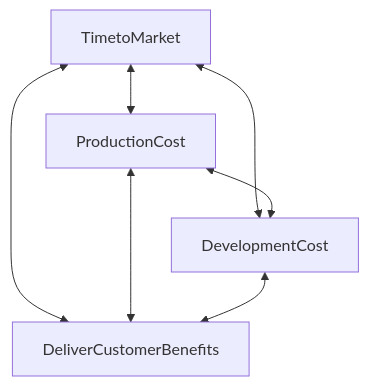
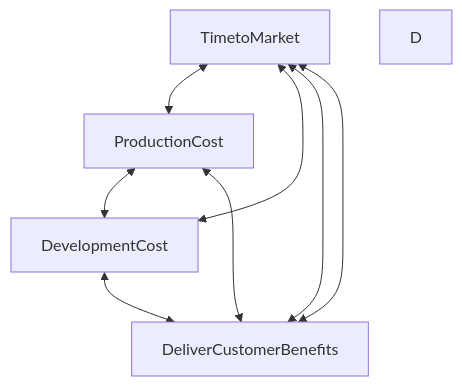
Before and after one commit to aanaberu/ProductManagement-Learn-Hardway: the diagram in README.md, drawn with Mermaid.

````diff
--- a/README.md
+++ b/README.md
@@ -42,9 +42,12 @@
 ```mermaid
 graph TD;
     TimetoMarket<-->ProductionCost;
+    ProductionCost<-->DevelopmentCost;
+    DevelopmentCost<-->DeliverCustomerBenefits;
+    DeliverCustomerBenefits<-->TimetoMarket;
     TimetoMarket<-->DevelopmentCost;
     TimetoMarket<-->DeliverCustomerBenefits;
-    ProductionCost<-->DevelopmentCost;
+    
     ProductionCost<-->DeliverCustomerBenefits;
-    DevelopmentCost<-->DeliverCustomerBenefits;
+    D
 ```
````
